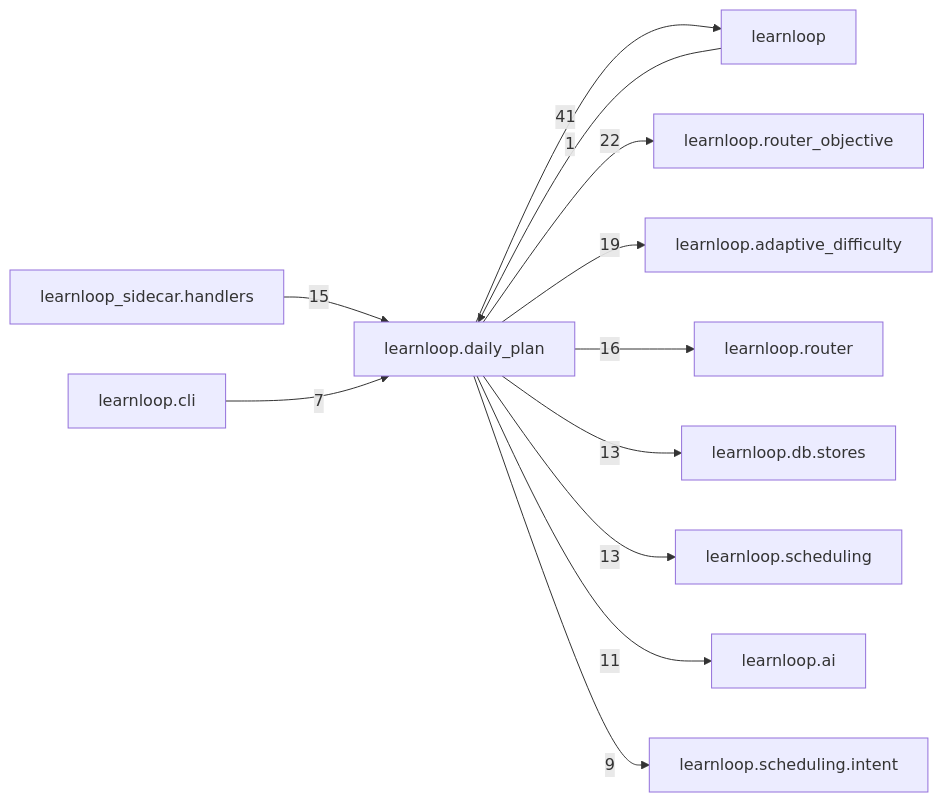
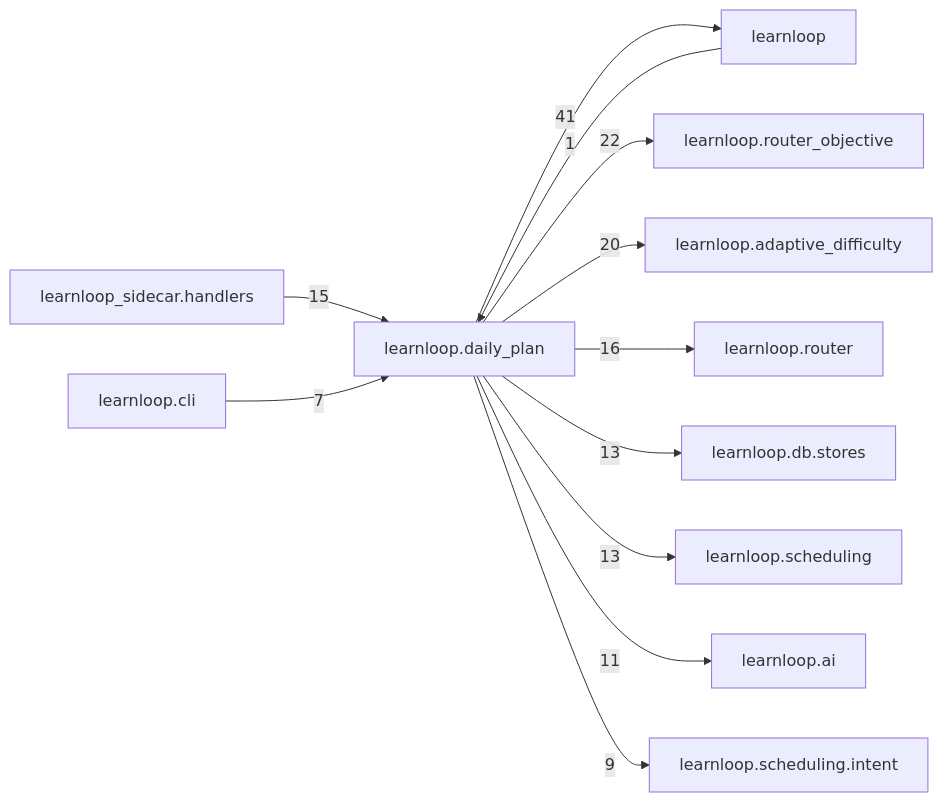
The diagram in docs/learnloop-architecture-vault/Reference/Modules/learnloop/daily_plan/_package.md (6up-b/learnanything), drawn with Mermaid before and after one commit. The commit also changed other lines of this file and 509 other files, not shown here.

Commit message:
Router objective follow-ups landing, references: the architecture reference regenerated on the merged tree (DB and configuration reference, 1178 effective leaves, head 247; desktop and module catalogs; vault validated)

````diff
--- a/docs/learnloop-architecture-vault/Reference/Modules/learnloop/daily_plan/_package.md
+++ b/docs/learnloop-architecture-vault/Reference/Modules/learnloop/daily_plan/_package.md
@@ -158,25 +158,25 @@
 ```mermaid
 flowchart LR
     center["learnloop.daily_plan"]
     n_learnloop["learnloop"]
     n_learnloop_router_objective["learnloop.router_objective"]
     n_learnloop_adaptive_difficulty["learnloop.adaptive_difficulty"]
     n_learnloop_router["learnloop.router"]
     n_learnloop_sidecar_handlers["learnloop_sidecar.handlers"]
     n_learnloop_db_stores["learnloop.db.stores"]
     n_learnloop_scheduling["learnloop.scheduling"]
     n_learnloop_ai["learnloop.ai"]
     n_learnloop_scheduling_intent["learnloop.scheduling.intent"]
     n_learnloop_cli["learnloop.cli"]
     n_learnloop -->|1| center
     center -->|41| n_learnloop
     center -->|22| n_learnloop_router_objective
-    center -->|19| n_learnloop_adaptive_difficulty
+    center -->|20| n_learnloop_adaptive_difficulty
     center -->|16| n_learnloop_router
     n_learnloop_sidecar_handlers -->|15| center
     center -->|13| n_learnloop_db_stores
     center -->|13| n_learnloop_scheduling
     center -->|11| n_learnloop_ai
     center -->|9| n_learnloop_scheduling_intent
     n_learnloop_cli -->|7| center
 ```
````
